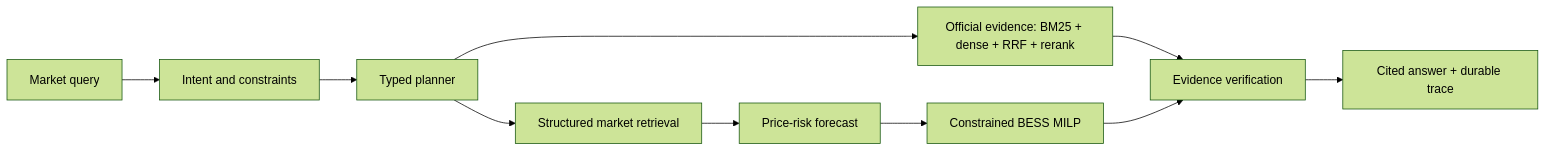
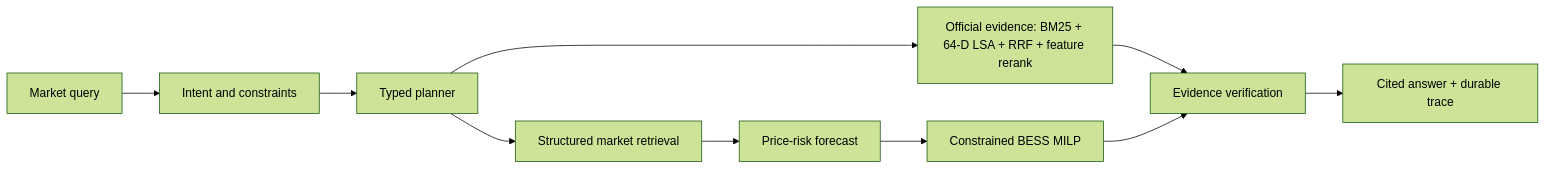
One commit to larry-liyuanfan/australian-energy-market-intelligence-agent changed the diagram in README.md. Above: the diagram before and after it, drawn with Mermaid (forest theme). The commit also changed other lines of this file and 2 other files, not shown here.

Commit message:
Clarify energy evidence and deployment boundaries

````diff
--- a/README.md
+++ b/README.md
@@ -9,12 +9,12 @@
 ```mermaid
 flowchart LR
   Q[Market query] --> N[Intent and constraints]
   N --> P[Typed planner]
   P --> M[Structured market retrieval]
-  P --> E[Official evidence: BM25 + dense + RRF + rerank]
+  P --> E[Official evidence: BM25 + 64-D LSA + RRF + feature rerank]
   M --> F[Price-risk forecast]
   F --> B[Constrained BESS MILP]
   E --> V[Evidence verification]
   B --> V
   V --> A[Cited answer + durable trace]
 ```
````
